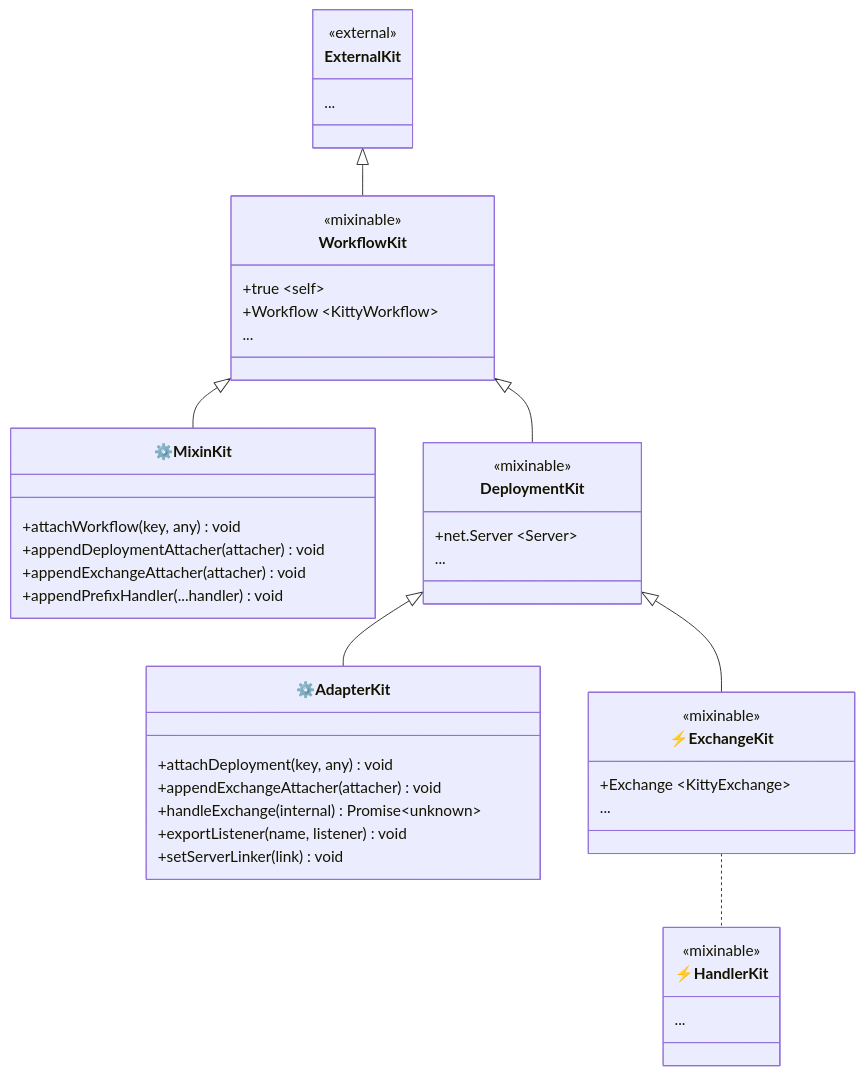
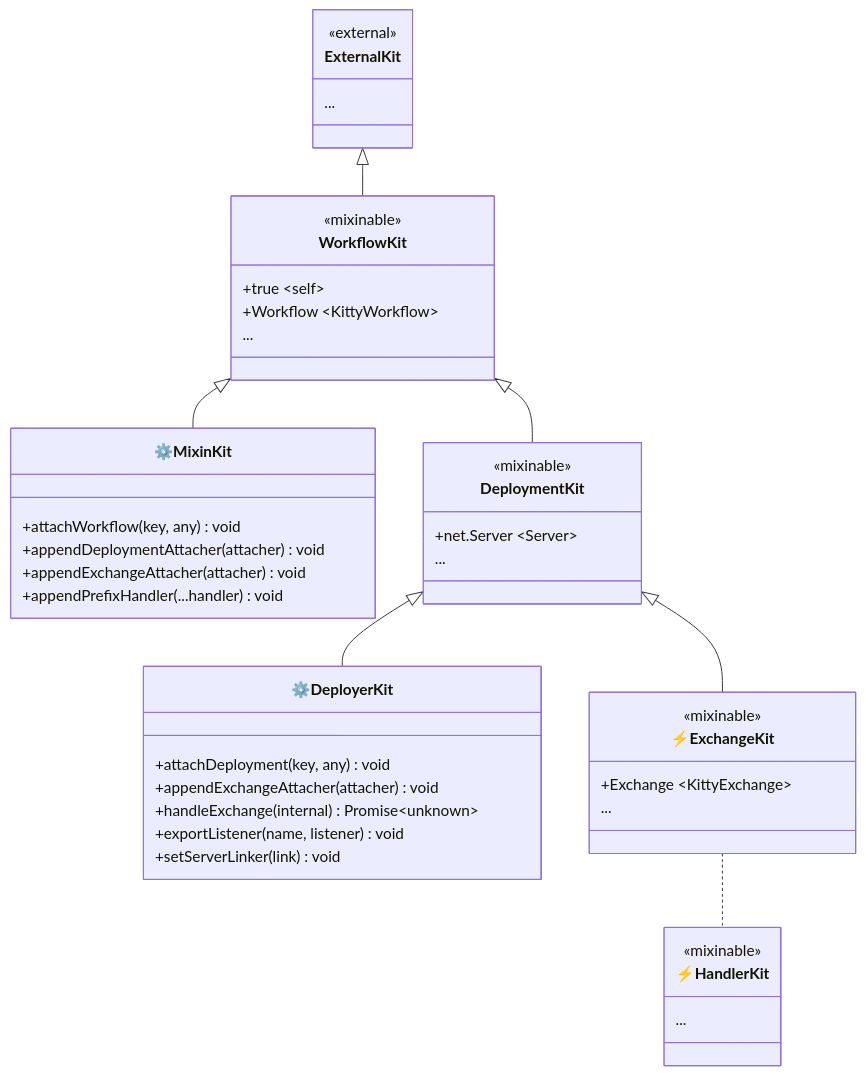
One commit to produck/kitty changed the diagram in packages/workflow/ARCHITECTURE.md. Above: the diagram before and after it, drawn with Mermaid. The commit also changed other lines of this file and 25 other files, not shown here.

````diff
--- a/packages/workflow/ARCHITECTURE.md
+++ b/packages/workflow/ARCHITECTURE.md
@@ -85,48 +85,48 @@
 ```mermaid
 classDiagram
   class ExternalKit {
     <<external>>
     ...
   }
   class WorkflowKit {
     <<mixinable>>
     +true ~self~
     +Workflow ~KittyWorkflow~
     ...
   }
   class MixinKit["⚙️MixinKit"] {
     +attachWorkflow(key, any) void
     +appendDeploymentAttacher(attacher) void
     +appendExchangeAttacher(attacher) void
     +appendPrefixHandler(...handler) void
   }
   class DeploymentKit {
     <<mixinable>>
     +net.Server ~Server~
     ...
   }
-  class AdapterKit["⚙️AdapterKit"] {
+  class DeployerKit["⚙️DeployerKit"] {
     +attachDeployment(key, any) void
     +appendExchangeAttacher(attacher) void
     +handleExchange(internal) Promise~unknown~
     +exportListener(name, listener) void
     +setServerLinker(link) void
   }
   class ExchangeKit["⚡ExchangeKit"] {
     <<mixinable>>
     +Exchange ~KittyExchange~
     ...
   }
   class HandlerKit["⚡HandlerKit"] {
     <<mixinable>>
     ...
   }
 
   ExternalKit <|-- WorkflowKit
   WorkflowKit <|-- MixinKit
   WorkflowKit <|-- DeploymentKit
   DeploymentKit <|-- ExchangeKit
-  DeploymentKit <|-- AdapterKit
+  DeploymentKit <|-- DeployerKit
   ExchangeKit .. HandlerKit
 
 ```
````
